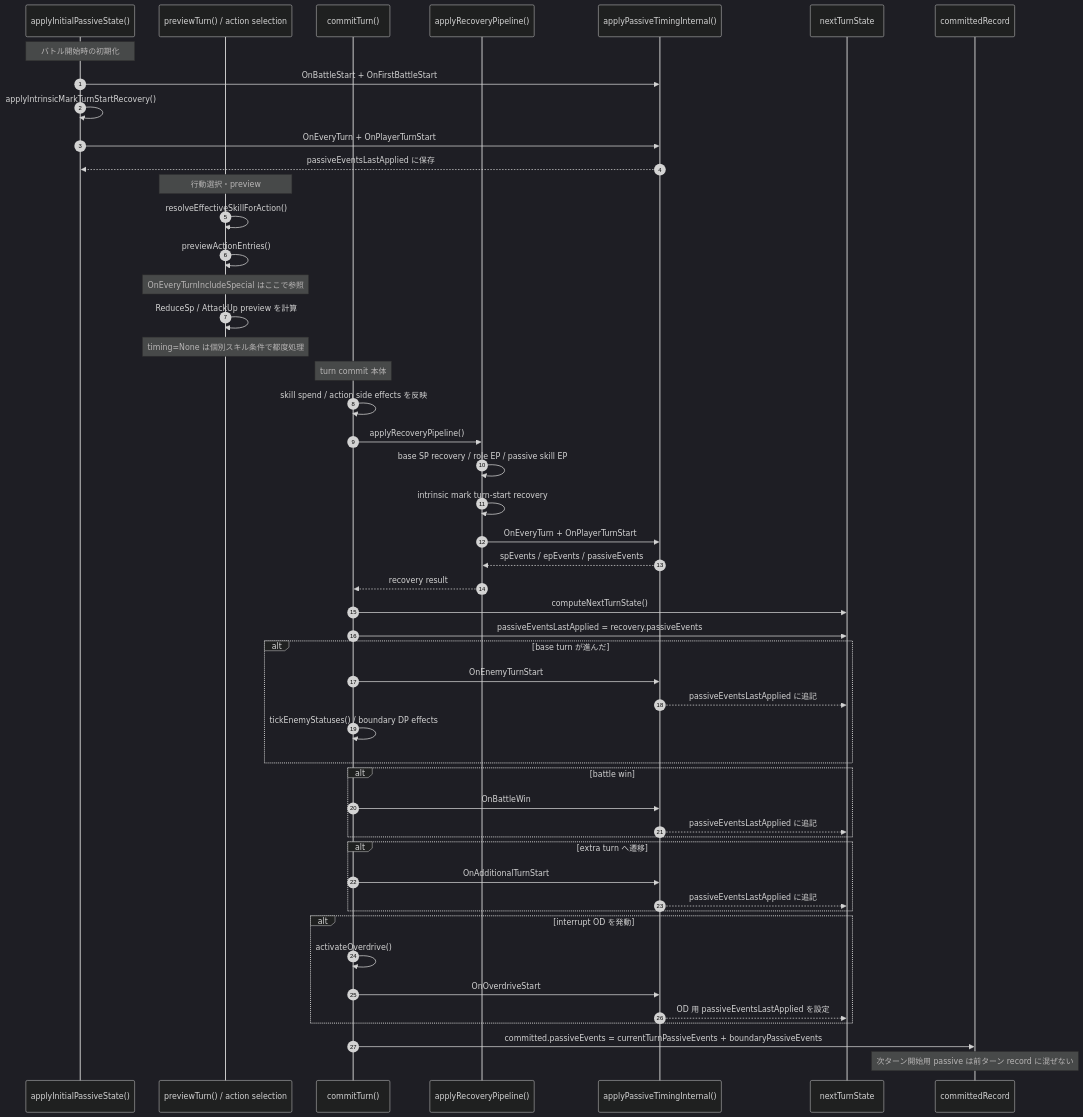
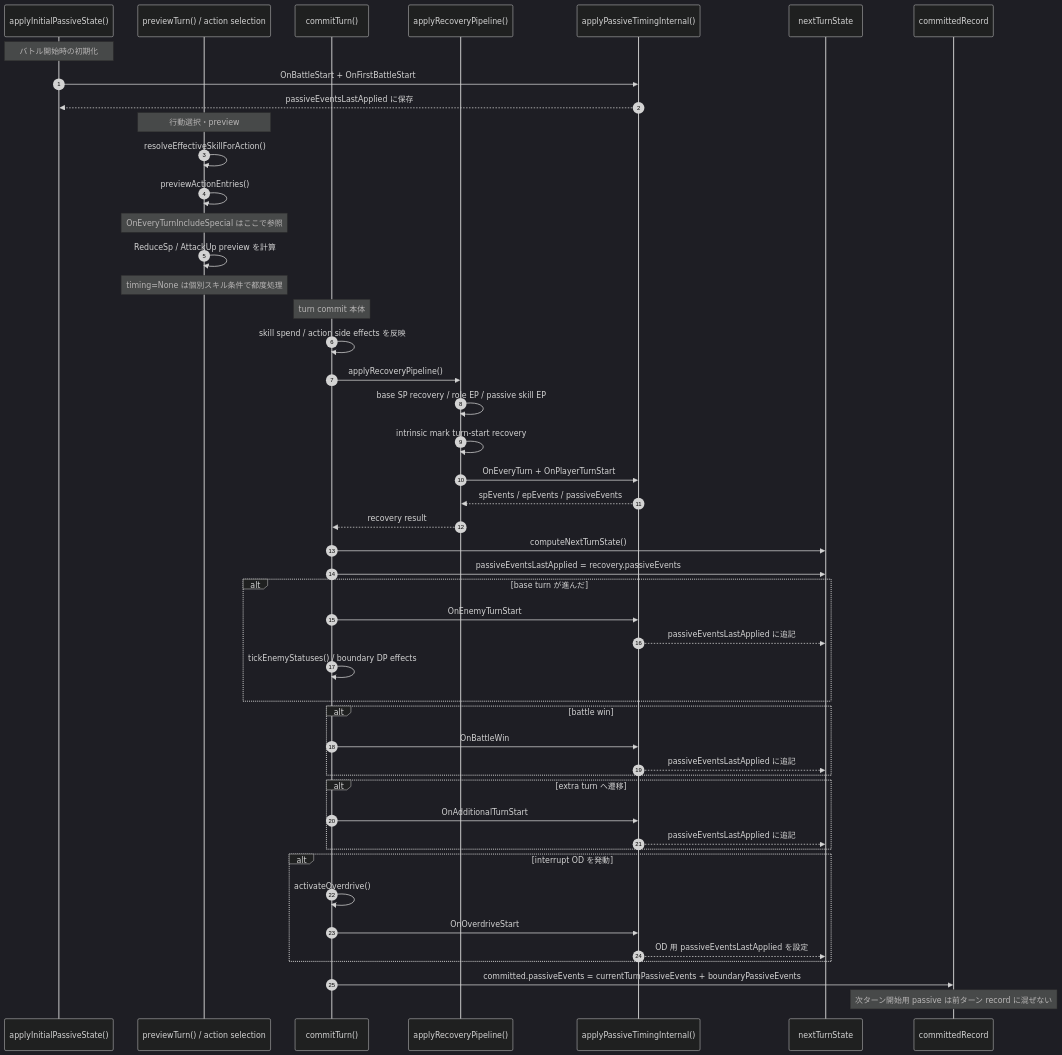
The diagram in docs/active/passive_timing_reference.md (amabile4/hbr_battle_simulator), drawn with Mermaid (dark theme) before and after one commit. The commit also changed other lines of this file and 5 other files, not shown here.

````diff
--- a/docs/active/passive_timing_reference.md
+++ b/docs/active/passive_timing_reference.md
@@ -28,61 +29,59 @@
 ```mermaid
 sequenceDiagram
     autonumber
     participant Init as applyInitialPassiveState()
     participant Preview as previewTurn() / action selection
     participant Commit as commitTurn()
     participant Recovery as applyRecoveryPipeline()
     participant Passive as applyPassiveTimingInternal()
     participant Next as nextTurnState
     participant Record as committedRecord
 
     Note over Init: バトル開始時の初期化
     Init->>Passive: OnBattleStart + OnFirstBattleStart
-    Init->>Init: applyIntrinsicMarkTurnStartRecovery()
-    Init->>Passive: OnEveryTurn + OnPlayerTurnStart
     Passive-->>Init: passiveEventsLastApplied に保存
 
     Note over Preview: 行動選択・preview
     Preview->>Preview: resolveEffectiveSkillForAction()
     Preview->>Preview: previewActionEntries()
     Note over Preview: OnEveryTurnIncludeSpecial はここで参照
     Preview->>Preview: ReduceSp / AttackUp preview を計算
     Note over Preview: timing=None は個別スキル条件で都度処理
 
     Note over Commit: turn commit 本体
     Commit->>Commit: skill spend / action side effects を反映
     Commit->>Recovery: applyRecoveryPipeline()
     Recovery->>Recovery: base SP recovery / role EP / passive skill EP
     Recovery->>Recovery: intrinsic mark turn-start recovery
     Recovery->>Passive: OnEveryTurn + OnPlayerTurnStart
     Passive-->>Recovery: spEvents / epEvents / passiveEvents
     Recovery-->>Commit: recovery result
 
     Commit->>Next: computeNextTurnState()
     Commit->>Next: passiveEventsLastApplied = recovery.passiveEvents
 
     alt base turn が進んだ
         Commit->>Passive: OnEnemyTurnStart
         Passive-->>Next: passiveEventsLastApplied に追記
         Commit->>Commit: tickEnemyStatuses() / boundary DP effects
     end
 
     alt battle win
         Commit->>Passive: OnBattleWin
         Passive-->>Next: passiveEventsLastApplied に追記
     end
 
     alt extra turn へ遷移
         Commit->>Passive: OnAdditionalTurnStart
         Passive-->>Next: passiveEventsLastApplied に追記
     end
 
     alt interrupt OD を発動
         Commit->>Commit: activateOverdrive()
         Commit->>Passive: OnOverdriveStart
         Passive-->>Next: OD 用 passiveEventsLastApplied を設定
     end
 
     Commit->>Record: committed.passiveEvents = currentTurnPassiveEvents + boundaryPassiveEvents
     Note over Record: 次ターン開始用 passive は前ターン record に混ぜない
 ```
````
